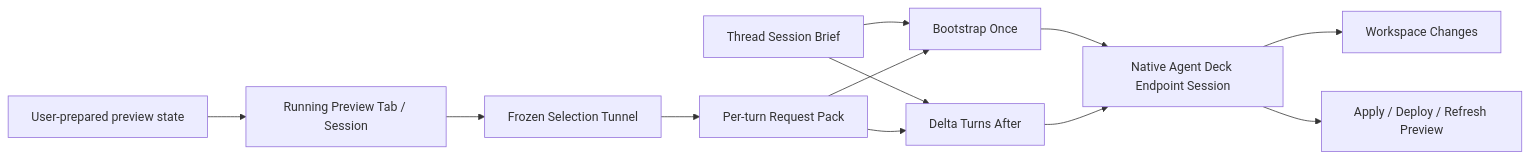
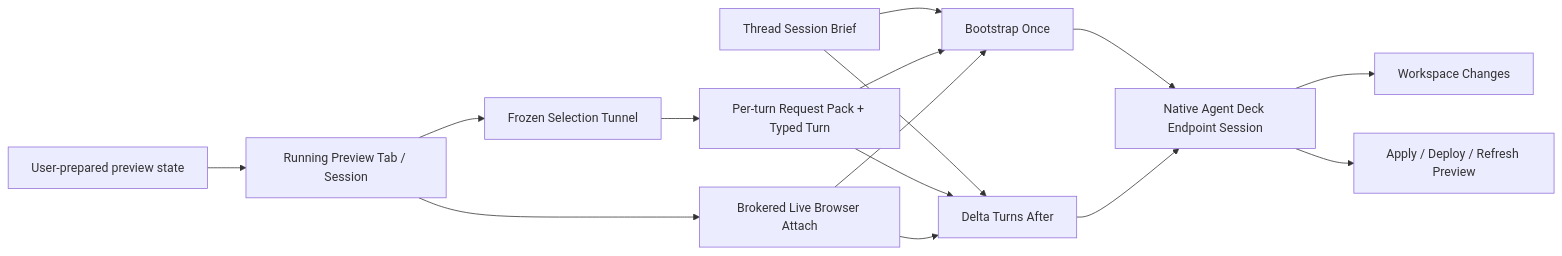
Before and after one commit to arcforgelabs/pixel-forge: the fourth of 5 diagrams in ARCHITECTURE.md, drawn with Mermaid. The commit also changed other lines of this file and 7 other files, not shown here.

````diff
--- a/ARCHITECTURE.md
+++ b/ARCHITECTURE.md
@@ -292,14 +295,17 @@
 ```mermaid
 flowchart LR
   User[User-prepared preview state] --> Preview[Running Preview Tab / Session]
+  Preview --> Attach[Brokered Live Browser Attach]
   Preview --> Tunnel[Frozen Selection Tunnel]
-  Tunnel --> Pack[Per-turn Request Pack]
+  Tunnel --> Pack[Per-turn Request Pack + Typed Turn]
   Brief[Thread Session Brief] --> Bootstrap[Bootstrap Once]
   Brief --> Delta[Delta Turns After]
   Pack --> Bootstrap
   Pack --> Delta
+  Attach --> Bootstrap
+  Attach --> Delta
   Bootstrap --> Agent[Native Agent Deck Endpoint Session]
   Delta --> Agent
   Agent --> Workspace[Workspace Changes]
   Agent --> Apply[Apply / Deploy / Refresh Preview]
 ```
````
